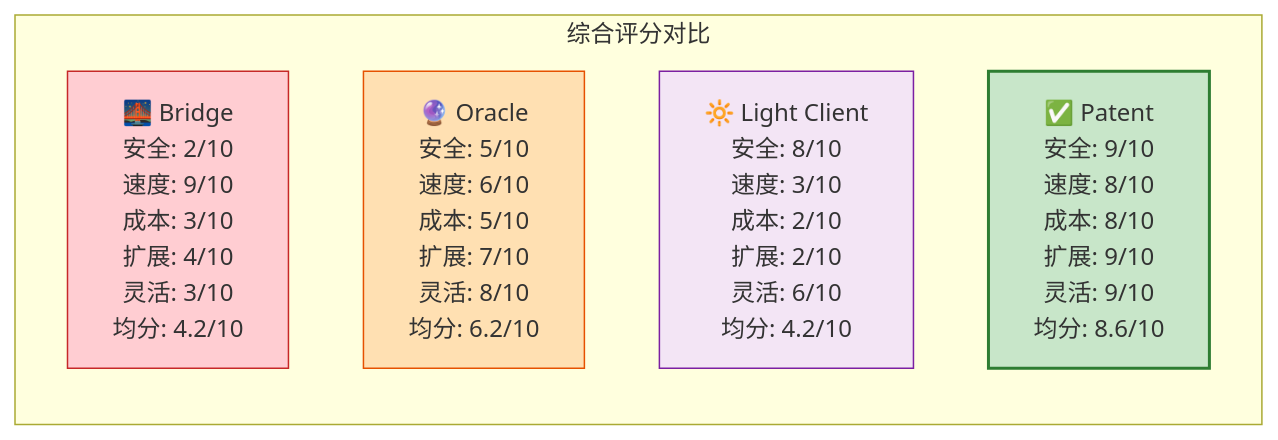
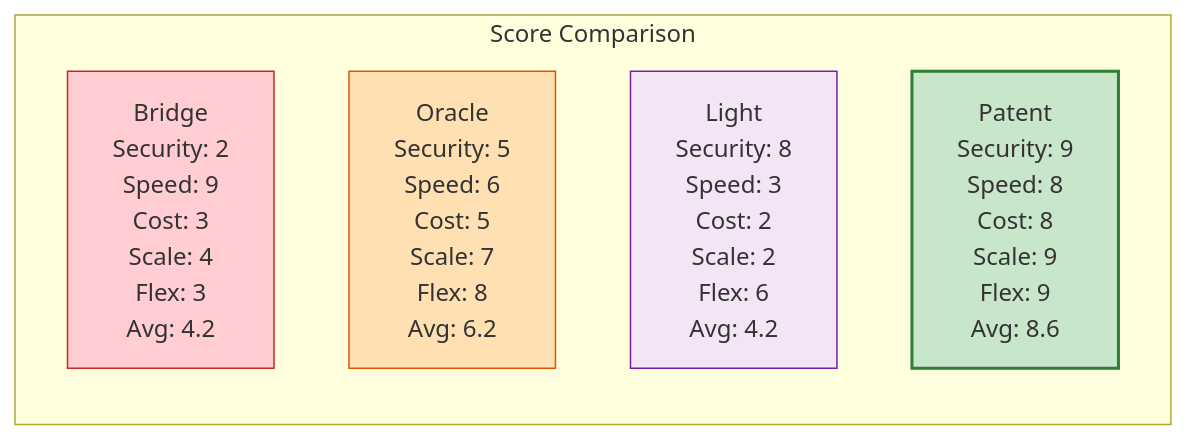
One commit to JCCDex/jcc_document changed diagram 16 of 17 in src/jcc_blog/pic.md. Above: the diagram before and after it, drawn with Mermaid. The commit also changed other lines of this file, not shown here.

First line of the commit message:
Fix Mermaid 8.9.2 compatibility issues

````diff
--- a/src/jcc_blog/pic.md
+++ b/src/jcc_blog/pic.md
@@ -509,17 +509,17 @@
 ```mermaid
 graph LR
-    subgraph Metrics["综合评分对比"]
-        B["🌉 Bridge<br/>安全: 2/10<br/>速度: 9/10<br/>成本: 3/10<br/>扩展: 4/10<br/>灵活: 3/10<br/>均分: 4.2/10"]
+    subgraph Metrics["Score Comparison"]
+        B["Bridge<br/>Security: 2<br/>Speed: 9<br/>Cost: 3<br/>Scale: 4<br/>Flex: 3<br/>Avg: 4.2"]
         
-        O["🔮 Oracle<br/>安全: 5/10<br/>速度: 6/10<br/>成本: 5/10<br/>扩展: 7/10<br/>灵活: 8/10<br/>均分: 6.2/10"]
+        O["Oracle<br/>Security: 5<br/>Speed: 6<br/>Cost: 5<br/>Scale: 7<br/>Flex: 8<br/>Avg: 6.2"]
         
-        LC["🔆 Light Client<br/>安全: 8/10<br/>速度: 3/10<br/>成本: 2/10<br/>扩展: 2/10<br/>灵活: 6/10<br/>均分: 4.2/10"]
+        LC["Light<br/>Security: 8<br/>Speed: 3<br/>Cost: 2<br/>Scale: 2<br/>Flex: 6<br/>Avg: 4.2"]
         
-        P["✅ Patent<br/>安全: 9/10<br/>速度: 8/10<br/>成本: 8/10<br/>扩展: 9/10<br/>灵活: 9/10<br/>均分: 8.6/10"]
+        P["Patent<br/>Security: 9<br/>Speed: 8<br/>Cost: 8<br/>Scale: 9<br/>Flex: 9<br/>Avg: 8.6"]
     end
     
     style B fill:#ffcdd2,stroke:#c62828
     style O fill:#ffe0b2,stroke:#e65100
     style LC fill:#f3e5f5,stroke:#7b1fa2
     style P fill:#c8e6c9,stroke:#2e7d32,stroke-width:2px
 ```
````
